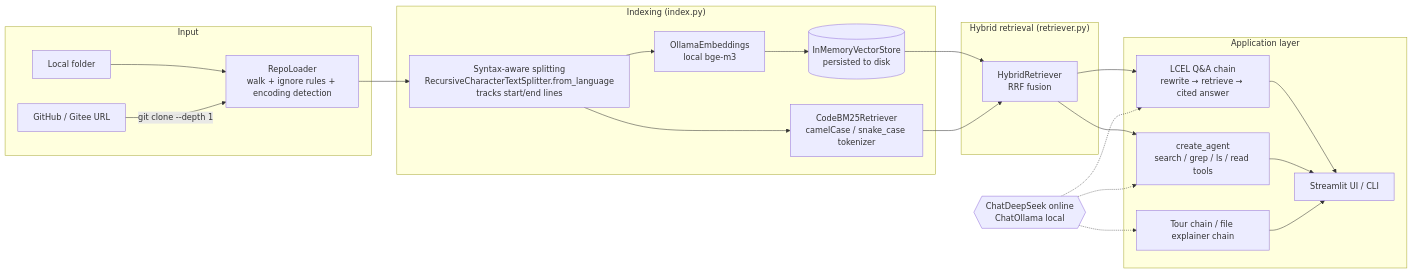
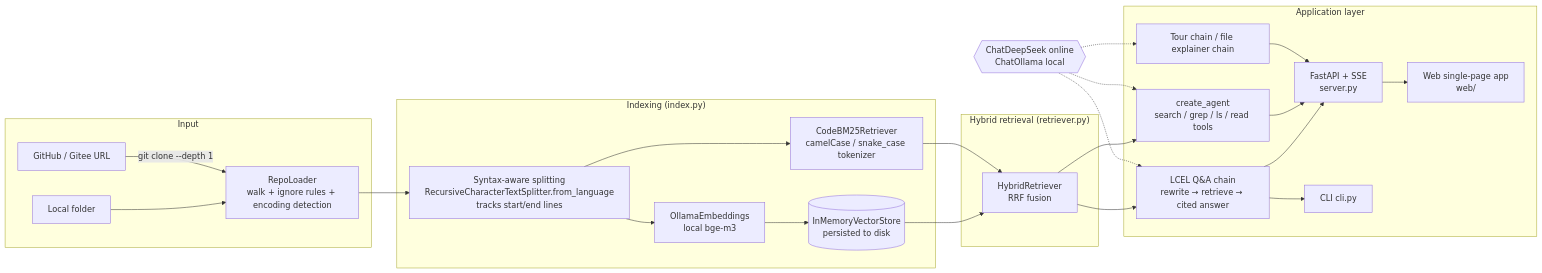
The diagram in README.en.md (Red-Sa1t/repolens), drawn with Mermaid before and after one commit. The commit also changed other lines of this file and 45 other files, not shown here.

First line of the commit message:
feat: 全新 Web 界面（FastAPI + SSE 单页应用）与中英双语支持

````diff
--- a/README.en.md
+++ b/README.en.md
@@ -92,31 +89,34 @@
 ```mermaid
 flowchart LR
     subgraph Input
         A[Local folder] --> L
         B[GitHub / Gitee URL] -->|git clone --depth 1| L
     end
 
     subgraph Indexing["Indexing (index.py)"]
         L[RepoLoader<br/>walk + ignore rules + encoding detection] --> S[Syntax-aware splitting<br/>RecursiveCharacterTextSplitter.from_language<br/>tracks start/end lines]
         S --> E[OllamaEmbeddings<br/>local bge-m3]
         S --> BM[CodeBM25Retriever<br/>camelCase / snake_case tokenizer]
         E --> V[(InMemoryVectorStore<br/>persisted to disk)]
     end
 
     subgraph Retrieval["Hybrid retrieval (retriever.py)"]
         V --> H[HybridRetriever<br/>RRF fusion]
         BM --> H
     end
 
     subgraph App["Application layer"]
         H --> QA[LCEL Q&A chain<br/>rewrite → retrieve → cited answer]
         H --> AG[create_agent<br/>search / grep / ls / read tools]
-        QA --> UI
-        AG --> UI
-        OV[Tour chain / file explainer chain] --> UI[Streamlit UI / CLI]
+        OV[Tour chain / file explainer chain]
+        QA --> API
+        AG --> API
+        OV --> API[FastAPI + SSE<br/>server.py]
+        API --> UI[Web single-page app<br/>web/]
+        QA --> CLI[CLI cli.py]
     end
 
     LLM{{ChatDeepSeek online<br/>ChatOllama local}} -.-> QA
     LLM -.-> AG
     LLM -.-> OV
 ```
````
